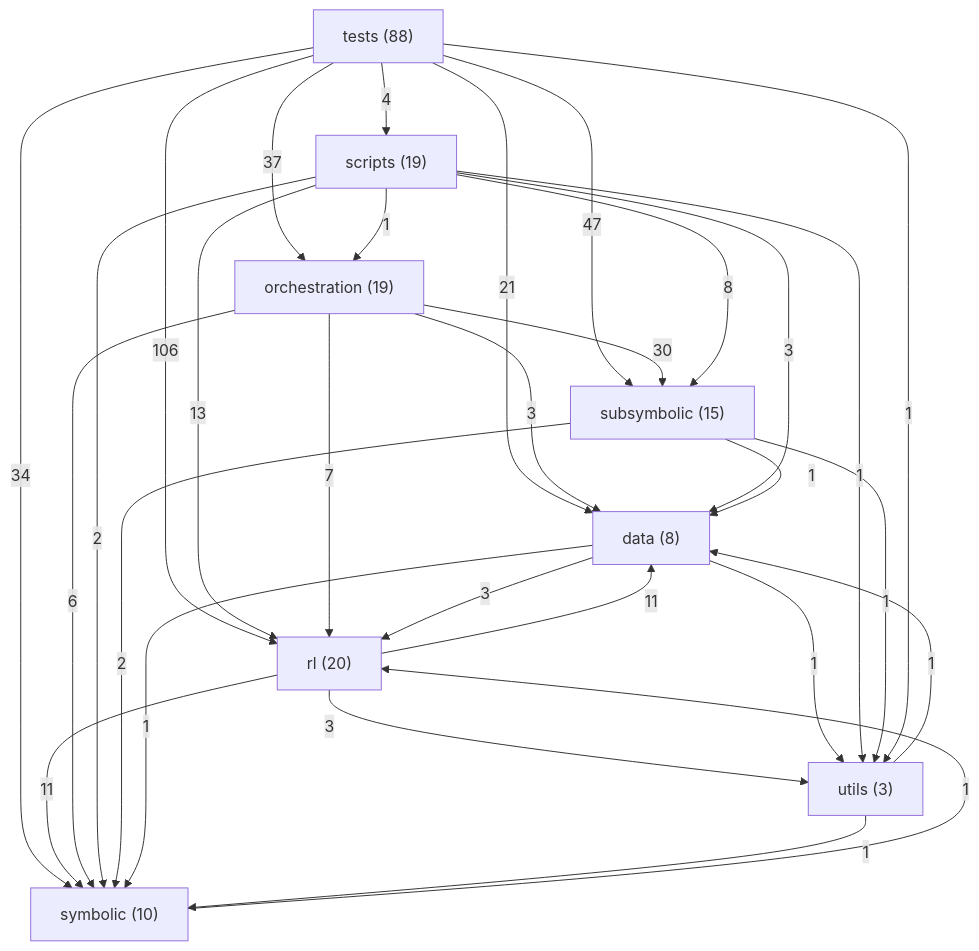
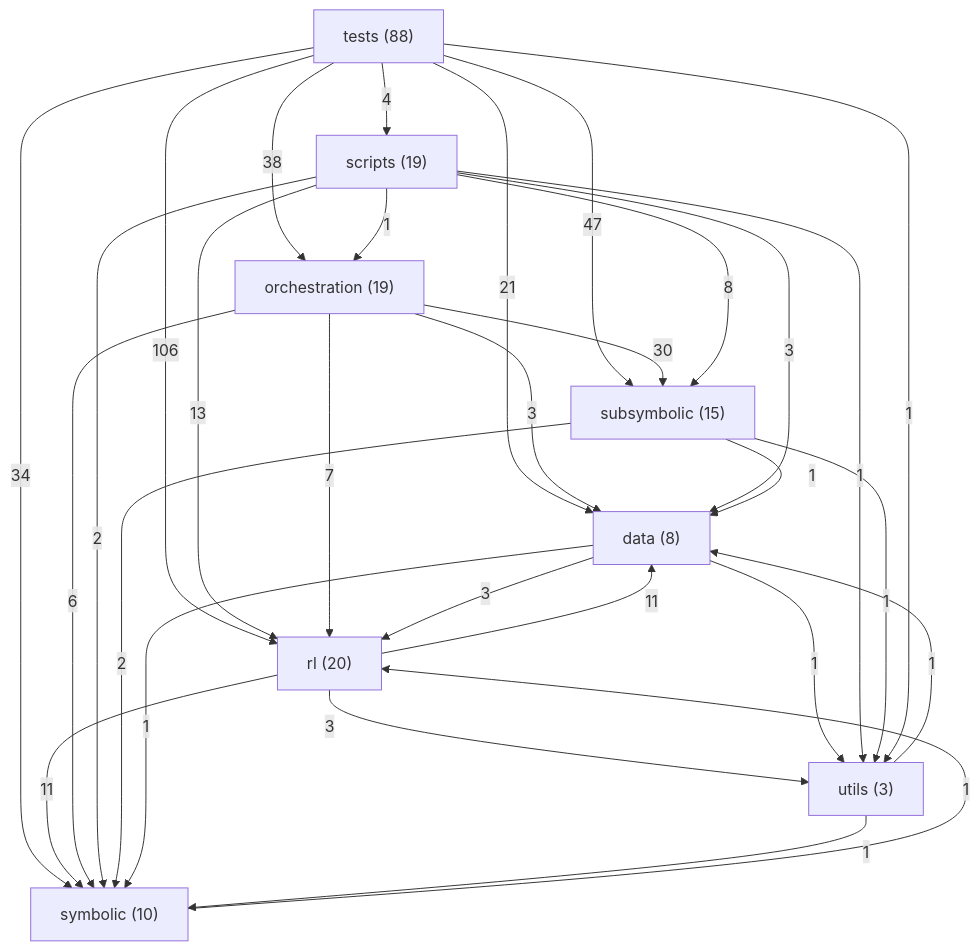
One commit to danrd/ARC-AGI changed the diagram in ARCHITECTURE.md. Above: the diagram before and after it, drawn with Mermaid. The commit also changed other lines of this file and 4 other files, not shown here.

````diff
--- a/ARCHITECTURE.md
+++ b/ARCHITECTURE.md
@@ -211,40 +211,40 @@
 ```mermaid
 graph TD
   data["data (8)"]
   orchestration["orchestration (19)"]
   rl["rl (20)"]
   scripts["scripts (19)"]
   subsymbolic["subsymbolic (15)"]
   symbolic["symbolic (10)"]
   tests["tests (88)"]
   utils["utils (3)"]
   tests -->|106| rl
   tests -->|47| subsymbolic
-  tests -->|37| orchestration
+  tests -->|38| orchestration
   tests -->|34| symbolic
   orchestration -->|30| subsymbolic
   tests -->|21| data
   scripts -->|13| rl
   rl -->|11| data
   rl -->|11| symbolic
   scripts -->|8| subsymbolic
   orchestration -->|7| rl
   orchestration -->|6| symbolic
   tests -->|4| scripts
   data -->|3| rl
   orchestration -->|3| data
   rl -->|3| utils
   scripts -->|3| data
   scripts -->|2| symbolic
   subsymbolic -->|2| symbolic
   data -->|1| symbolic
   data -->|1| utils
   scripts -->|1| orchestration
   scripts -->|1| utils
   subsymbolic -->|1| data
   subsymbolic -->|1| utils
   symbolic -->|1| rl
   tests -->|1| utils
   utils -->|1| data
   utils -->|1| symbolic
 ```
````
